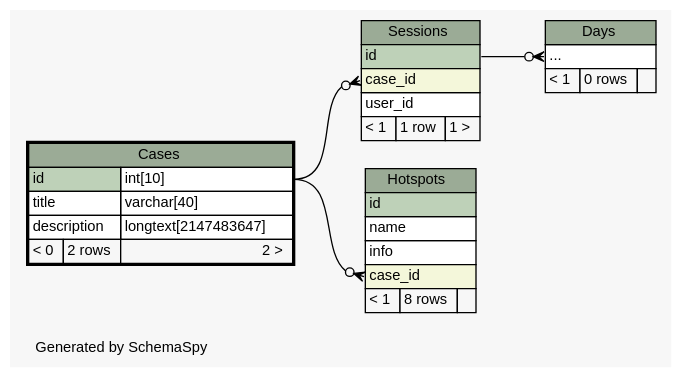
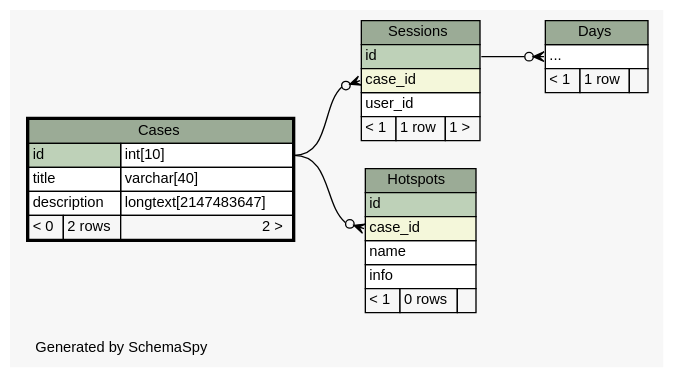
The diagram in web/files/schema/diagrams/Cases.2degrees.dot (carrel2/CaseStudies), drawn with Graphviz before and after one commit. The commit also changed 40 other files, not shown here.

```diff
--- a/web/files/schema/diagrams/Cases.2degrees.dot
+++ b/web/files/schema/diagrams/Cases.2degrees.dot
@@ -1,72 +1,72 @@
 // dot 2.38.0 on Linux 4.4.0-59-generic
 // SchemaSpy rev 590
 digraph "twoDegreesRelationshipsDiagram" {
   graph [
     rankdir="RL"
     bgcolor="#f7f7f7"
     label="\nGenerated by SchemaSpy"
     labeljust="l"
     nodesep="0.18"
     ranksep="0.46"
     fontname="Helvetica"
     fontsize="11"
   ];
   node [
     fontname="Helvetica"
     fontsize="11"
     shape="plaintext"
   ];
   edge [
     arrowsize="0.8"
   ];
   "Days":"elipses":w -> "Sessions":"id":e [arrowhead=none dir=back arrowtail=crowodot];
   "Hotspots":"case_id":w -> "Cases":"id.type":e [arrowhead=none dir=back arrowtail=crowodot];
   "Sessions":"case_id":w -> "Cases":"id.type":e [arrowhead=none dir=back arrowtail=crowodot];
   "Cases" [
     label=<
     <TABLE BORDER="2" CELLBORDER="1" CELLSPACING="0" BGCOLOR="#ffffff">
       <TR><TD COLSPAN="3" BGCOLOR="#9bab96" ALIGN="CENTER">Cases</TD></TR>
       <TR><TD PORT="id" COLSPAN="2" BGCOLOR="#bed1b8" ALIGN="LEFT">id</TD><TD PORT="id.type" ALIGN="LEFT">int[10]</TD></TR>
       <TR><TD PORT="title" COLSPAN="2" ALIGN="LEFT">title</TD><TD PORT="title.type" ALIGN="LEFT">varchar[40]</TD></TR>
       <TR><TD PORT="description" COLSPAN="2" ALIGN="LEFT">description</TD><TD PORT="description.type" ALIGN="LEFT">longtext[2147483647]</TD></TR>
       <TR><TD ALIGN="LEFT" BGCOLOR="#f7f7f7">&lt; 0</TD><TD ALIGN="RIGHT" BGCOLOR="#f7f7f7">2 rows</TD><TD ALIGN="RIGHT" BGCOLOR="#f7f7f7">2 &gt;</TD></TR>
     </TABLE>>
     URL="Cases.html"
     tooltip="Cases"
   ];
   "Days" [
     label=<
     <TABLE BORDER="0" CELLBORDER="1" CELLSPACING="0" BGCOLOR="#ffffff">
       <TR><TD COLSPAN="3" BGCOLOR="#9bab96" ALIGN="CENTER">Days</TD></TR>
       <TR><TD PORT="elipses" COLSPAN="3" ALIGN="LEFT">...</TD></TR>
-      <TR><TD ALIGN="LEFT" BGCOLOR="#f7f7f7">&lt; 1</TD><TD ALIGN="RIGHT" BGCOLOR="#f7f7f7">0 rows</TD><TD ALIGN="RIGHT" BGCOLOR="#f7f7f7">  </TD></TR>
+      <TR><TD ALIGN="LEFT" BGCOLOR="#f7f7f7">&lt; 1</TD><TD ALIGN="RIGHT" BGCOLOR="#f7f7f7">1 row</TD><TD ALIGN="RIGHT" BGCOLOR="#f7f7f7">  </TD></TR>
     </TABLE>>
     URL="Days.html"
     tooltip="Days"
   ];
   "Hotspots" [
     label=<
     <TABLE BORDER="0" CELLBORDER="1" CELLSPACING="0" BGCOLOR="#ffffff">
       <TR><TD COLSPAN="3" BGCOLOR="#9bab96" ALIGN="CENTER">Hotspots</TD></TR>
       <TR><TD PORT="id" COLSPAN="3" BGCOLOR="#bed1b8" ALIGN="LEFT">id</TD></TR>
+      <TR><TD PORT="case_id" COLSPAN="3" BGCOLOR="#f4f7da" ALIGN="LEFT">case_id</TD></TR>
       <TR><TD PORT="name" COLSPAN="3" ALIGN="LEFT">name</TD></TR>
       <TR><TD PORT="info" COLSPAN="3" ALIGN="LEFT">info</TD></TR>
-      <TR><TD PORT="case_id" COLSPAN="3" BGCOLOR="#f4f7da" ALIGN="LEFT">case_id</TD></TR>
-      <TR><TD ALIGN="LEFT" BGCOLOR="#f7f7f7">&lt; 1</TD><TD ALIGN="RIGHT" BGCOLOR="#f7f7f7">8 rows</TD><TD ALIGN="RIGHT" BGCOLOR="#f7f7f7">  </TD></TR>
+      <TR><TD ALIGN="LEFT" BGCOLOR="#f7f7f7">&lt; 1</TD><TD ALIGN="RIGHT" BGCOLOR="#f7f7f7">0 rows</TD><TD ALIGN="RIGHT" BGCOLOR="#f7f7f7">  </TD></TR>
     </TABLE>>
     URL="Hotspots.html"
     tooltip="Hotspots"
   ];
   "Sessions" [
     label=<
     <TABLE BORDER="0" CELLBORDER="1" CELLSPACING="0" BGCOLOR="#ffffff">
       <TR><TD COLSPAN="3" BGCOLOR="#9bab96" ALIGN="CENTER">Sessions</TD></TR>
       <TR><TD PORT="id" COLSPAN="3" BGCOLOR="#bed1b8" ALIGN="LEFT">id</TD></TR>
       <TR><TD PORT="case_id" COLSPAN="3" BGCOLOR="#f4f7da" ALIGN="LEFT">case_id</TD></TR>
       <TR><TD PORT="user_id" COLSPAN="3" ALIGN="LEFT">user_id</TD></TR>
       <TR><TD ALIGN="LEFT" BGCOLOR="#f7f7f7">&lt; 1</TD><TD ALIGN="RIGHT" BGCOLOR="#f7f7f7">1 row</TD><TD ALIGN="RIGHT" BGCOLOR="#f7f7f7">1 &gt;</TD></TR>
     </TABLE>>
     URL="Sessions.html"
     tooltip="Sessions"
   ];
 }
```
